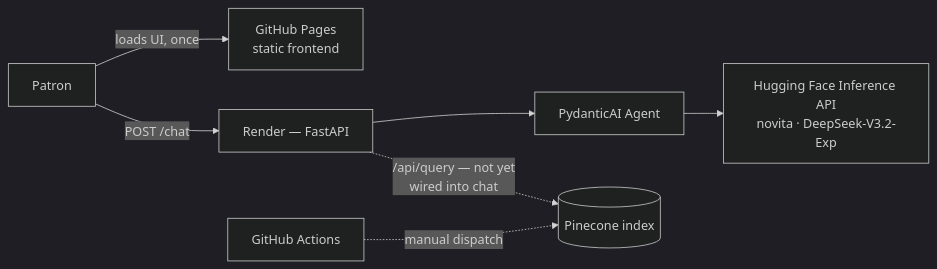
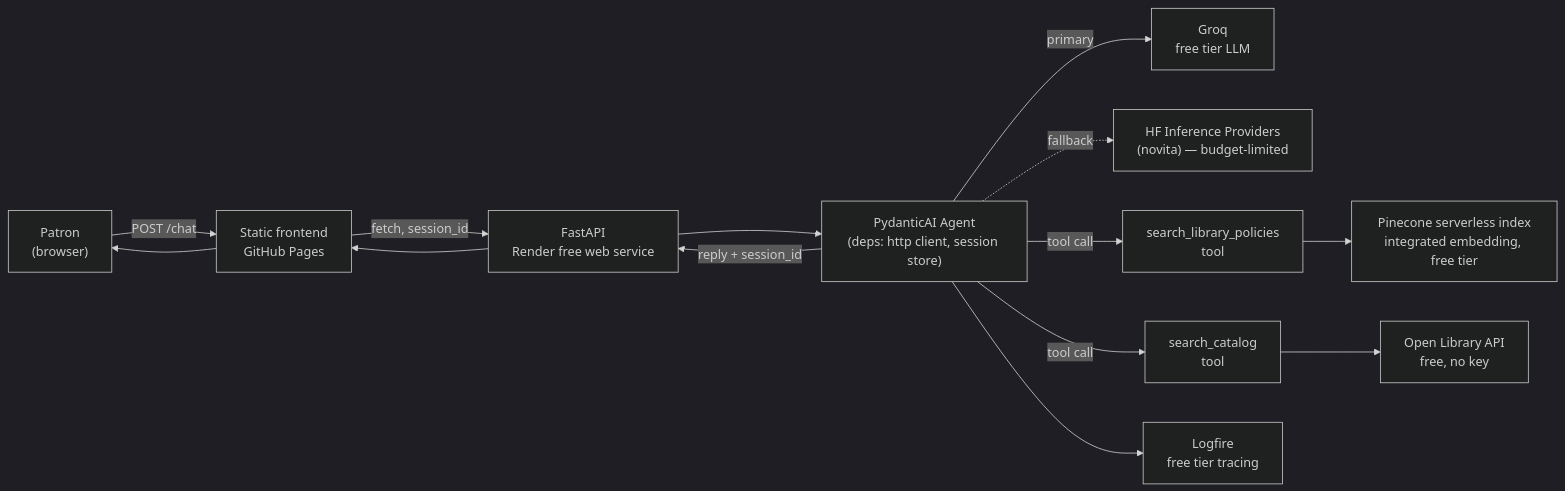
Before and after one commit to JohnnieMaeB/LibSync: the first of 2 diagrams in README.md, drawn with Mermaid (dark theme). The commit also changed other lines of this file and 4 other files, not shown here.

First line of the commit message:
Add ARCHITECTURE.md, CONTRIBUTING.md, DEMO_SCRIPT.md; update README for Tier 1

````diff
--- a/README.md
+++ b/README.md
@@ -72,9 +93,14 @@
 ```mermaid
 flowchart LR
-    U["Patron"] -->|loads UI, once| GH["GitHub Pages<br/>static frontend"]
-    U -->|"POST /chat"| API["Render — FastAPI"]
-    API --> AGT["PydanticAI Agent"]
-    AGT --> HF["Hugging Face Inference API<br/>novita · DeepSeek-V3.2-Exp"]
-    API -.->|"/api/query — not yet<br/>wired into chat"| PC[("Pinecone index")]
-    GHA["GitHub Actions"] -.->|manual dispatch| PC
+    U["Patron<br/>(browser)"] -->|POST /chat| FE["Static frontend<br/>GitHub Pages"]
+    FE -->|fetch, session_id| API["FastAPI<br/>Render free web service"]
+    API --> AGT["PydanticAI Agent<br/>(deps: http client, session store)"]
+    AGT -->|primary| GROQ["Groq<br/>free tier LLM"]
+    AGT -.fallback.-> HF["HF Inference Providers<br/>(novita) — budget-limited"]
+    AGT -->|tool call| POL["search_library_policies<br/>tool"]
+    AGT -->|tool call| CAT["search_catalog<br/>tool"]
+    POL --> PC["Pinecone serverless index<br/>integrated embedding, free tier"]
+    CAT --> OL["Open Library API<br/>free, no key"]
+    AGT --> LOG["Logfire<br/>free tier tracing"]
+    AGT -->|reply + session_id| API --> FE --> U
 ```
````
